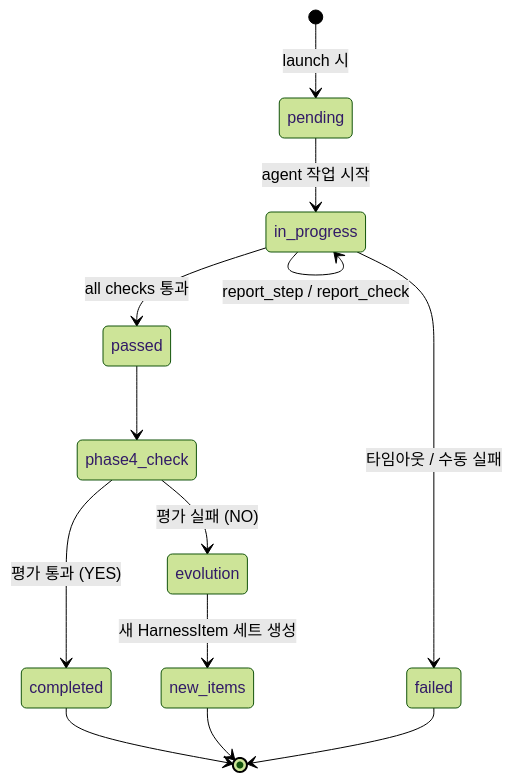
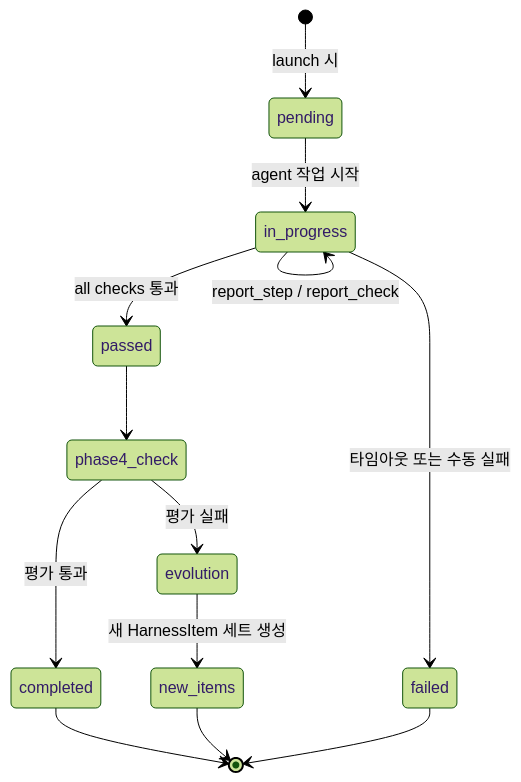
Diagram 17 of 17 in custom-docs/planning/OUROBOROS-INTEGRATION-DESIGN.md (openclaw/openclaw), drawn with Mermaid (forest theme) before and after one commit. The commit also changed other lines of this file, not shown here.

First line of the commit message:
docs: 시나리오 A~D ASCII 테이블을 mermaid sequence diagram 변환 + 상태 머신 렌더링 수정

````diff
--- a/custom-docs/planning/OUROBOROS-INTEGRATION-DESIGN.md
+++ b/custom-docs/planning/OUROBOROS-INTEGRATION-DESIGN.md
@@ -1621,21 +1428,21 @@
 ```mermaid
 stateDiagram-v2
-  [*] --> pending: launch 시
+  [*] --> pending : launch 시
 
-  pending --> in_progress: agent 작업 시작
+  pending --> in_progress : agent 작업 시작
 
-  in_progress --> in_progress: report_step / report_check
-  in_progress --> passed: all checks 통과
+  in_progress --> in_progress : report_step / report_check
+  in_progress --> passed : all checks 통과
 
   passed --> phase4_check
   state phase4_check <<choice>>
-  phase4_check --> completed: 평가 통과 (YES)
-  phase4_check --> evolution: 평가 실패 (NO)
+  phase4_check --> completed : 평가 통과
+  phase4_check --> evolution : 평가 실패
 
   completed --> [*]
-  evolution --> new_items: 새 HarnessItem 세트 생성
+  evolution --> new_items : 새 HarnessItem 세트 생성
   new_items --> [*]
 
-  in_progress --> failed: 타임아웃 / 수동 실패
+  in_progress --> failed : 타임아웃 또는 수동 실패
   failed --> [*]
 ```
````
